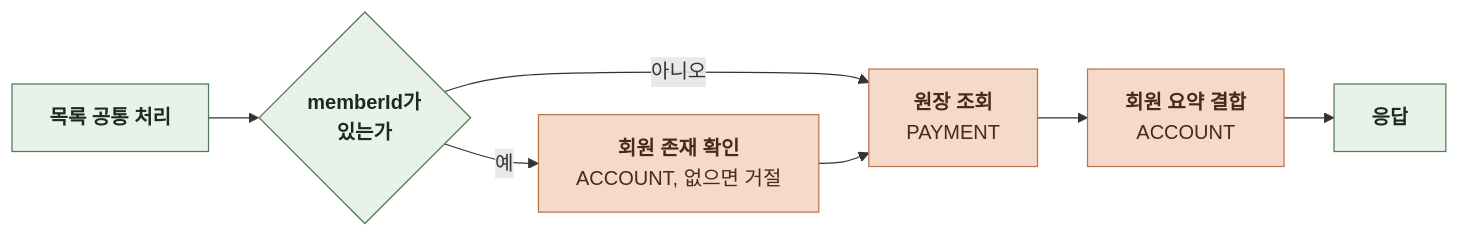
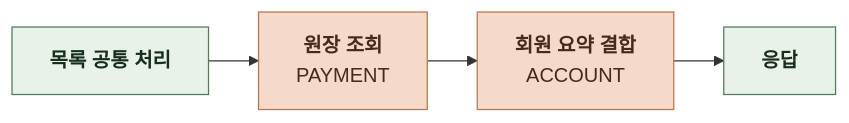
Diagram 11 of 13 in docs/domain/ADMIN/BACKEND/4-1-PIPELINES.md (KIM-N-KANG/knk-harness), drawn with Mermaid before and after one commit. The commit also changed other lines of this file and 4 other files, not shown here.

````diff
--- a/docs/domain/ADMIN/BACKEND/4-1-PIPELINES.md
+++ b/docs/domain/ADMIN/BACKEND/4-1-PIPELINES.md
@@ -325,18 +325,13 @@
 ```mermaid
 %%{init: {"flowchart": {"curve": "basis", "nodeSpacing": 24, "rankSpacing": 40}}}%%
 flowchart LR
-    A["`**목록 공통 처리**`"] --> B{"`**memberId가
-있는가**`"}
-    B -->|예| C["`**회원 존재 확인**
-ACCOUNT, 없으면 거절`"]
-    B -->|아니오| D["`**원장 조회**
+    A["`**목록 공통 처리**`"] --> D["`**원장 조회**
 PAYMENT`"]
-    C --> D
     D --> E["`**회원 요약 결합**
 ACCOUNT`"]
     E --> F["`**응답**`"]
     classDef comp fill:#E8F2E8,stroke:#527A59,color:#182D1D
     classDef task fill:#F5D9C9,stroke:#B97450,color:#452B1D
-    class A,B,F comp
-    class C,D,E task
+    class A,F comp
+    class D,E task
 ```
````
